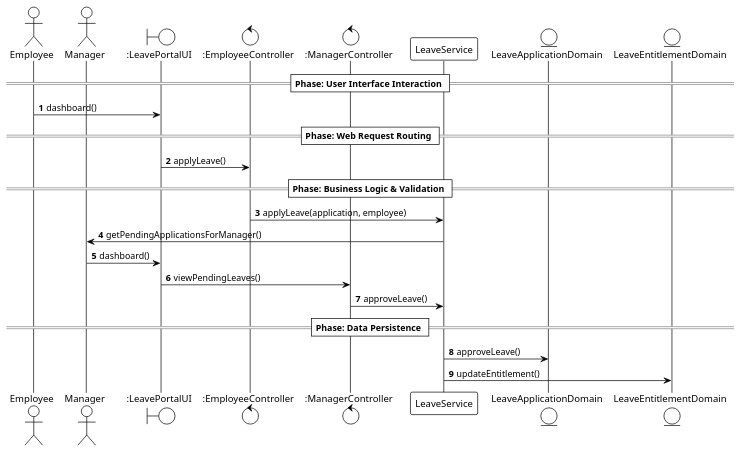
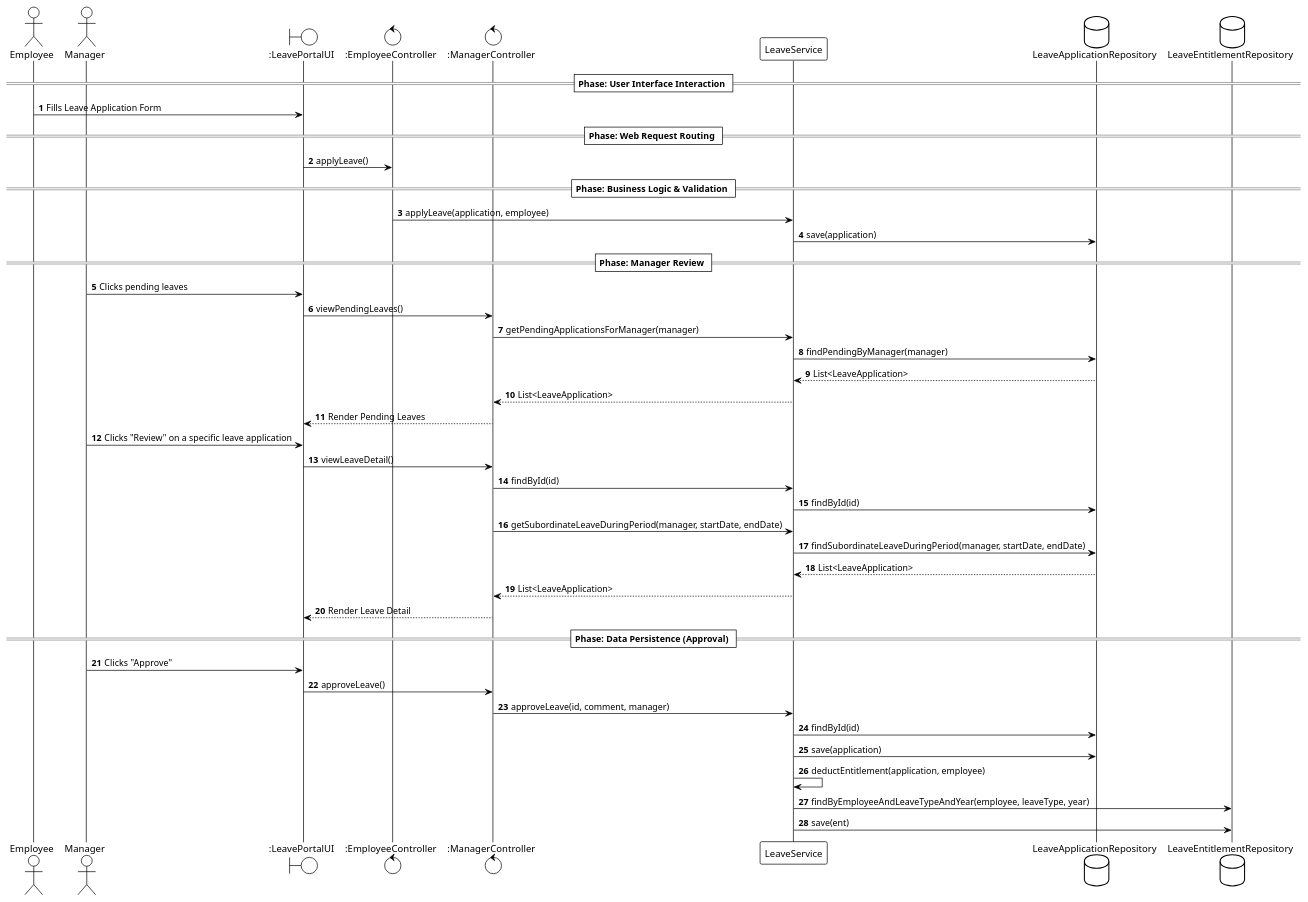
One commit to JustinChua97/LAPS-LeaveApplicationSystemSA62 changed the diagram in laps/diagrams/sequence-diagram.puml. Above: the diagram before and after it, drawn with PlantUML.

Commit message:
updated sample sequence diagram for clarity

```diff
--- a/laps/diagrams/sequence-diagram.puml
+++ b/laps/diagrams/sequence-diagram.puml
@@ -1,33 +1,52 @@
-@startuml
-
+@startuml LAPS Sequence
 !theme plain
-
 autonumber
 
 actor "Employee" as User1
 actor "Manager" as User2
 boundary ":LeavePortalUI" as View
 control ":EmployeeController" as Controller
 control ":ManagerController" as Controller2
 participant "LeaveService" as Service1
-entity "LeaveApplicationDomain" as Domain1
-entity "LeaveEntitlementDomain" as Domain2
+database "LeaveApplicationRepository" as Domain1
+database "LeaveEntitlementRepository" as Domain2
 
 == Phase: User Interface Interaction ==
-User1 -> View : dashboard()
+User1 -> View : Fills Leave Application Form
 
 == Phase: Web Request Routing ==
 View -> Controller : applyLeave()
 
 == Phase: Business Logic & Validation ==
 Controller -> Service1 : applyLeave(application, employee)
-Service1 -> User2 : getPendingApplicationsForManager()
-User2 -> View: dashboard()
+Service1 -> Domain1 : save(application)
+
+== Phase: Manager Review ==
+User2 -> View: Clicks pending leaves
 View -> Controller2 : viewPendingLeaves()
-Controller2 -> Service1 : approveLeave()
+Controller2 -> Service1 : getPendingApplicationsForManager(manager)
+Service1 -> Domain1 : findPendingByManager(manager)
+Domain1 --> Service1 : List<LeaveApplication>
+Service1 --> Controller2 : List<LeaveApplication>
+Controller2 --> View : Render Pending Leaves
 
-== Phase: Data Persistence ==
-Service1 -> Domain1 : approveLeave()
-Service1 -> Domain2 : updateEntitlement()
+User2 -> View : Clicks "Review" on a specific leave application
+View -> Controller2 : viewLeaveDetail()
+Controller2 -> Service1 : findById(id)
+Service1 -> Domain1 : findById(id)
+Controller2 -> Service1 : getSubordinateLeaveDuringPeriod(manager, startDate, endDate)
+Service1 -> Domain1 : findSubordinateLeaveDuringPeriod(manager, startDate, endDate)
+Domain1 --> Service1 : List<LeaveApplication>
+Service1 --> Controller2 : List<LeaveApplication>
+Controller2 --> View : Render Leave Detail
 
+== Phase: Data Persistence (Approval) ==
+User2 -> View : Clicks "Approve"
+View -> Controller2 : approveLeave()
+Controller2 -> Service1 : approveLeave(id, comment, manager)
+Service1 -> Domain1 : findById(id)
+Service1 -> Domain1 : save(application)
+Service1 -> Service1 : deductEntitlement(application, employee)
+Service1 -> Domain2 : findByEmployeeAndLeaveTypeAndYear(employee, leaveType, year)
+Service1 -> Domain2 : save(ent)
 @enduml
```
